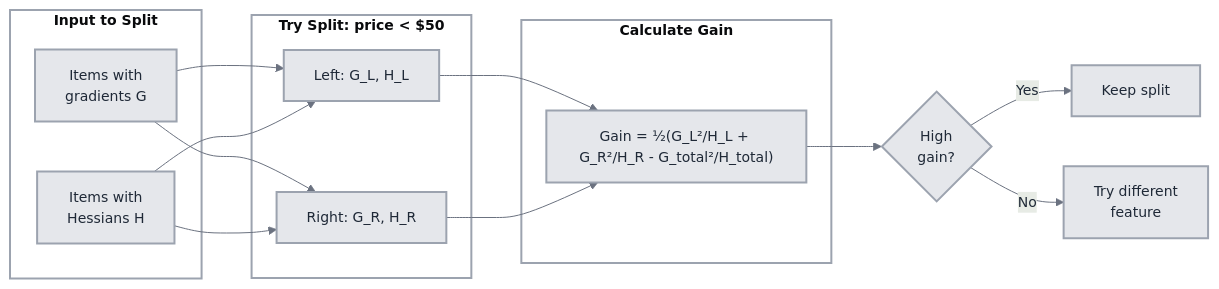
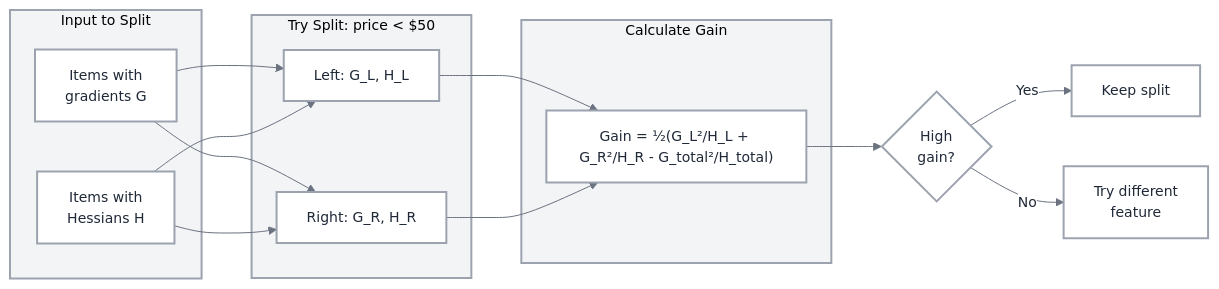
Before and after one commit to saraswatmks/saraswatmks.github.com: the fourth of 4 diagrams in _posts/2026/2026-02-07-lightgbm_pairwise_lambdarank.md, drawn with Mermaid. The commit also changed other lines of this file, not shown here.

````diff
--- a/_posts/2026/2026-02-07-lightgbm_pairwise_lambdarank.md
+++ b/_posts/2026/2026-02-07-lightgbm_pairwise_lambdarank.md
@@ -313,52 +330,51 @@
 ```mermaid
 %%{init: {
   'theme': 'base',
   'themeVariables': {
-    'primaryColor': '#E5E7EB',
+    'primaryColor': '#FFFFFF',
     'primaryTextColor': '#1F2937',
     'primaryBorderColor': '#9CA3AF',
     'lineColor': '#6B7280',
     'fontSize': '14px',
-    'fontFamily': 'system-ui, -apple-system, sans-serif',
-    'background': '#F3F4F6'
+    'fontFamily': 'system-ui, -apple-system, sans-serif'
   }
 }}%%
 
 graph LR
-    subgraph Input["<b>Input to Split</b>"]
+    subgraph Input["Input to Split"]
         A[Items with<br/>gradients G]
         B[Items with<br/>Hessians H]
     end
 
-    subgraph Split["<b>Try Split: price < $50</b>"]
+    subgraph Split["Try Split: price < $50"]
         C[Left: G_L, H_L]
         D[Right: G_R, H_R]
     end
 
-    subgraph Gain["<b>Calculate Gain</b>"]
+    subgraph Gain["Calculate Gain"]
         E["Gain = ½(G_L²/H_L + G_R²/H_R - G_total²/H_total)"]
     end
 
     A --> C
     A --> D
     B --> C
     B --> D
     C --> E
     D --> E
     E --> F{High<br/>gain?}
     F -->|Yes| G[Keep split]
     F -->|No| H[Try different<br/>feature]
 
-    style A fill:#E5E7EB,stroke:#9CA3AF,stroke-width:2px,color:#1F2937
-    style B fill:#E5E7EB,stroke:#9CA3AF,stroke-width:2px,color:#1F2937
-    style C fill:#E5E7EB,stroke:#9CA3AF,stroke-width:2px,color:#1F2937
-    style D fill:#E5E7EB,stroke:#9CA3AF,stroke-width:2px,color:#1F2937
-    style E fill:#E5E7EB,stroke:#9CA3AF,stroke-width:2px,color:#1F2937
-    style F fill:#E5E7EB,stroke:#9CA3AF,stroke-width:2px,color:#1F2937
-    style G fill:#E5E7EB,stroke:#9CA3AF,stroke-width:2px,color:#1F2937
-    style H fill:#E5E7EB,stroke:#9CA3AF,stroke-width:2px,color:#1F2937
-    style Input fill:#FFFFFF,stroke:#9CA3AF,stroke-width:2px
-    style Split fill:#FFFFFF,stroke:#9CA3AF,stroke-width:2px
-    style Gain fill:#FFFFFF,stroke:#9CA3AF,stroke-width:2px
+    style A fill:#FFFFFF,stroke:#9CA3AF,stroke-width:2px,color:#1F2937
+    style B fill:#FFFFFF,stroke:#9CA3AF,stroke-width:2px,color:#1F2937
+    style C fill:#FFFFFF,stroke:#9CA3AF,stroke-width:2px,color:#1F2937
+    style D fill:#FFFFFF,stroke:#9CA3AF,stroke-width:2px,color:#1F2937
+    style E fill:#FFFFFF,stroke:#9CA3AF,stroke-width:2px,color:#1F2937
+    style F fill:#FFFFFF,stroke:#9CA3AF,stroke-width:2px,color:#1F2937
+    style G fill:#FFFFFF,stroke:#9CA3AF,stroke-width:2px,color:#1F2937
+    style H fill:#FFFFFF,stroke:#9CA3AF,stroke-width:2px,color:#1F2937
+    style Input fill:#F3F4F6,stroke:#9CA3AF,stroke-width:2px
+    style Split fill:#F3F4F6,stroke:#9CA3AF,stroke-width:2px
+    style Gain fill:#F3F4F6,stroke:#9CA3AF,stroke-width:2px
 
 ```
````
